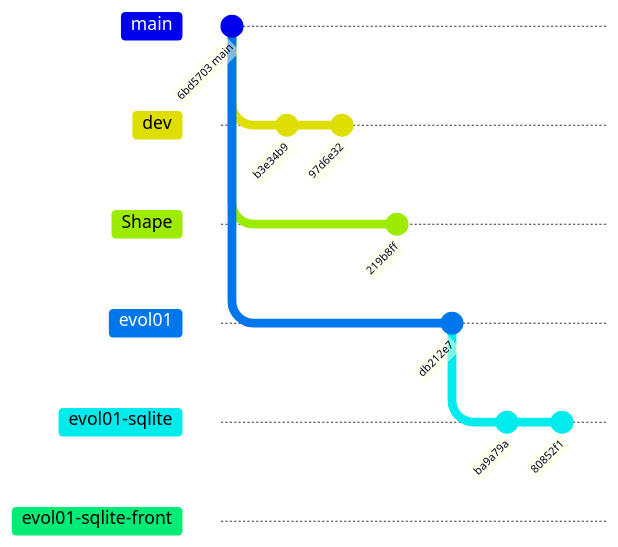
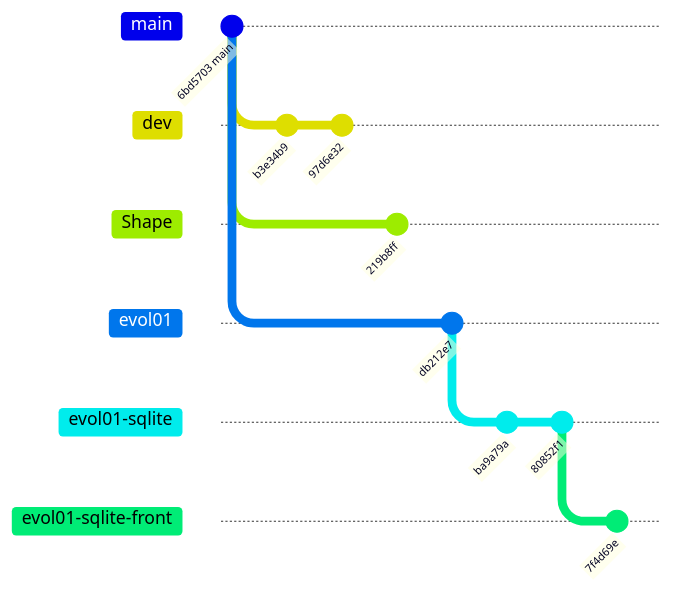
One commit to Raph8277/Workshop-MyAgents changed the diagram in docs/git/branch-topology.md. Above: the diagram before and after it, drawn with Mermaid. The commit also changed other lines of this file and 5 other files, not shown here.

````diff
--- a/docs/git/branch-topology.md
+++ b/docs/git/branch-topology.md
@@ -19,26 +19,27 @@
 ```mermaid
 gitGraph
     commit id: "6bd5703 main"
     branch dev
     checkout dev
     commit id: "b3e34b9"
     commit id: "97d6e32"
 
     checkout main
     branch Shape
     checkout Shape
     commit id: "219b8ff"
 
     checkout main
     branch evol01
     checkout evol01
     commit id: "db212e7"
 
     branch evol01-sqlite
     checkout evol01-sqlite
     commit id: "ba9a79a"
     commit id: "80852f1"
 
     branch evol01-sqlite-front
     checkout evol01-sqlite-front
+    commit id: "7f4d69e"
 ```
````
